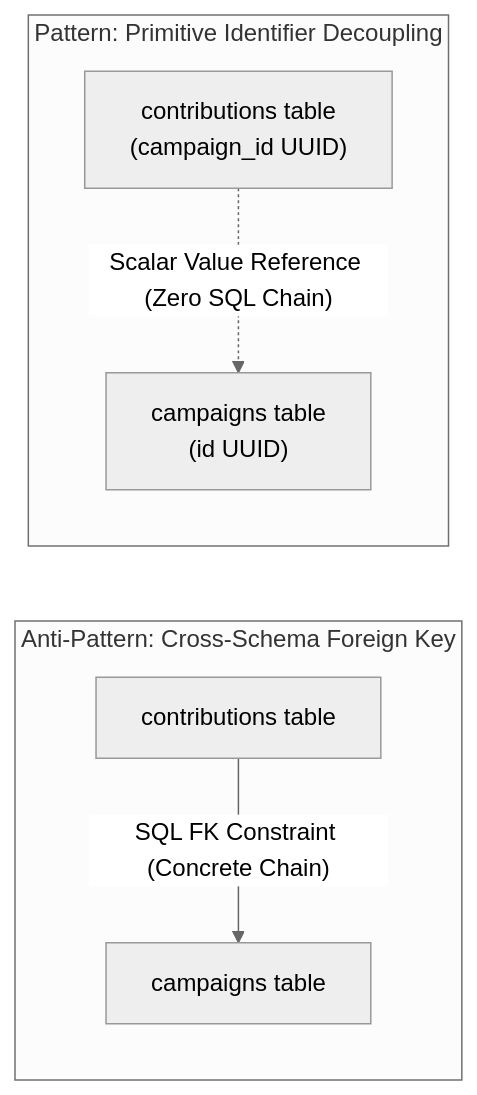
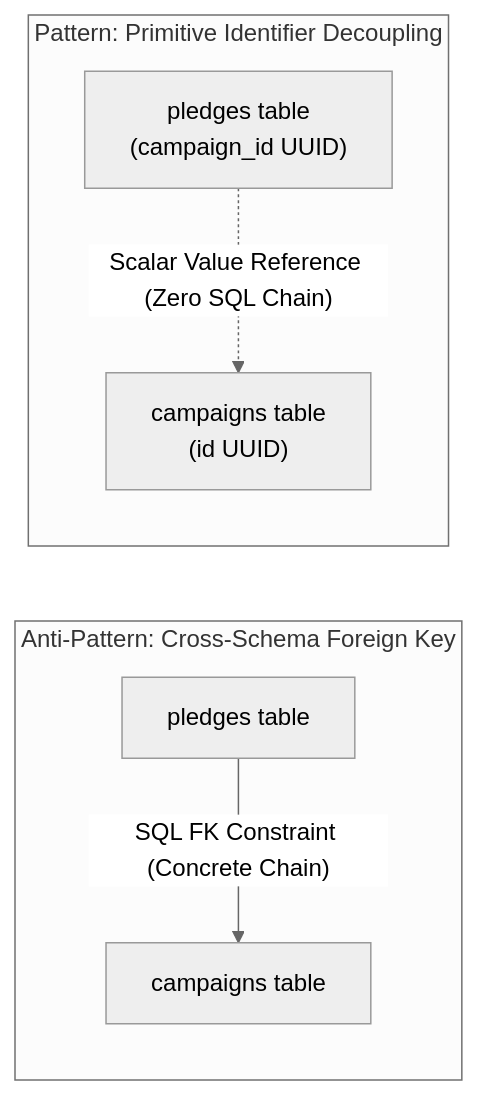
Before and after one commit to maysamgamini/crowdfundinghub: the second of 6 diagrams in educational/04-architect-gold-notes/key-mental-models-for-students.md, drawn with Mermaid (neutral theme). The commit also changed other lines of this file and 571 other files, not shown here.

````diff
--- a/educational/04-architect-gold-notes/key-mental-models-for-students.md
+++ b/educational/04-architect-gold-notes/key-mental-models-for-students.md
@@ -29,9 +29,9 @@
 ```mermaid
 graph LR
     subgraph BadDesign["Anti-Pattern: Cross-Schema Foreign Key"]
-        T1["contributions table"] -->|"SQL FK Constraint (Concrete Chain)"| T2["campaigns table"]
+        T1["pledges table"] -->|"SQL FK Constraint (Concrete Chain)"| T2["campaigns table"]
     end
     subgraph GoodDesign["Pattern: Primitive Identifier Decoupling"]
-        T3["contributions table<br/>(campaign_id UUID)"] -. "Scalar Value Reference (Zero SQL Chain)" .-> T4["campaigns table<br/>(id UUID)"]
+        T3["pledges table<br/>(campaign_id UUID)"] -. "Scalar Value Reference (Zero SQL Chain)" .-> T4["campaigns table<br/>(id UUID)"]
     end
 ```
````
